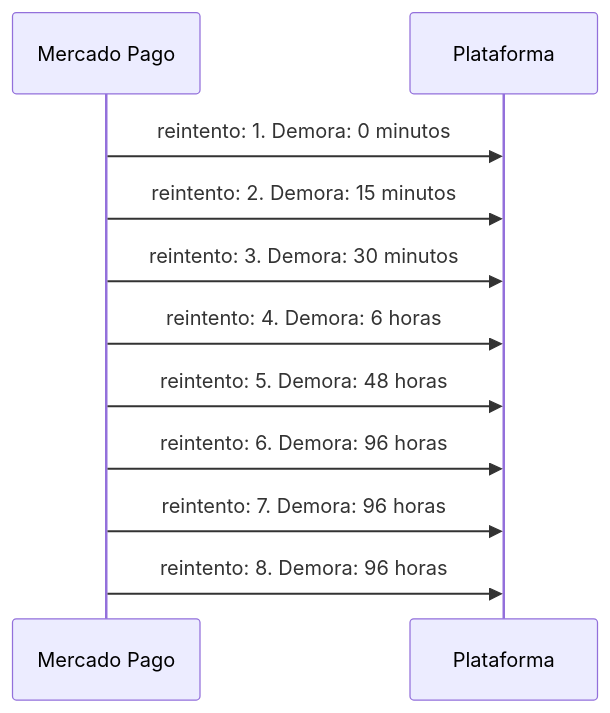
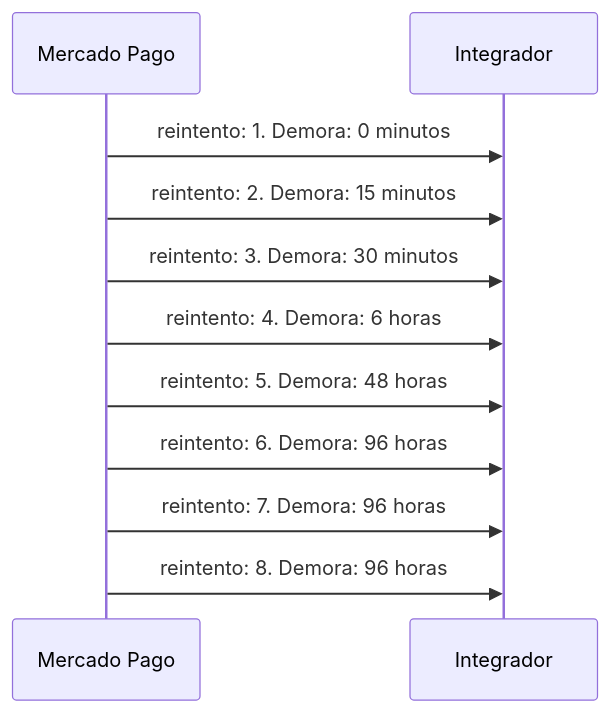
Before and after one commit to 22Neves/devsite-docs: the diagram in guides/checkout-pro/notifications.es.md, drawn with Mermaid. The commit also changed 2 other files, not shown here.

Commit message:
cambio de wording en diagrama de notificaciones

```diff
--- a/guides/checkout-pro/notifications.es.md
+++ b/guides/checkout-pro/notifications.es.md
@@ -715,14 +715,14 @@
 <pre class="mermaid">
 sequenceDiagram
     participant MercadoPago as Mercado Pago
-    participant Plataforma as Plataforma
+    participant Integrador as Integrador
 
-    MercadoPago->>Plataforma: reintento: 1. Demora: 0 minutos
-    MercadoPago->>Plataforma: reintento: 2. Demora: 15 minutos
-    MercadoPago->>Plataforma: reintento: 3. Demora: 30 minutos
-    MercadoPago->>Plataforma: reintento: 4. Demora: 6 horas
-    MercadoPago->>Plataforma: reintento: 5. Demora: 48 horas
-    MercadoPago->>Plataforma: reintento: 6. Demora: 96 horas
-    MercadoPago->>Plataforma: reintento: 7. Demora: 96 horas
-    MercadoPago->>Plataforma: reintento: 8. Demora: 96 horas
+    MercadoPago->>Integrador: reintento: 1. Demora: 0 minutos
+    MercadoPago->>Integrador: reintento: 2. Demora: 15 minutos
+    MercadoPago->>Integrador: reintento: 3. Demora: 30 minutos
+    MercadoPago->>Integrador: reintento: 4. Demora: 6 horas
+    MercadoPago->>Integrador: reintento: 5. Demora: 48 horas
+    MercadoPago->>Integrador: reintento: 6. Demora: 96 horas
+    MercadoPago->>Integrador: reintento: 7. Demora: 96 horas
+    MercadoPago->>Integrador: reintento: 8. Demora: 96 horas
 </pre>
```
